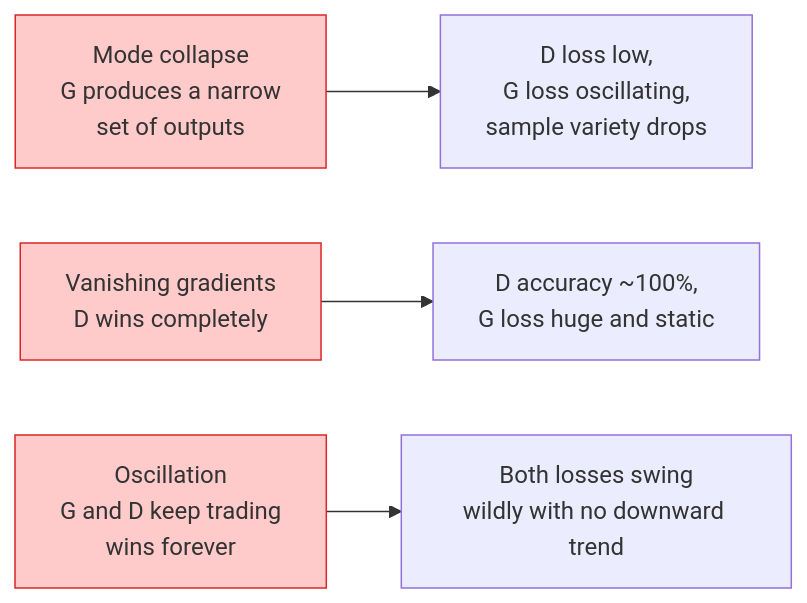
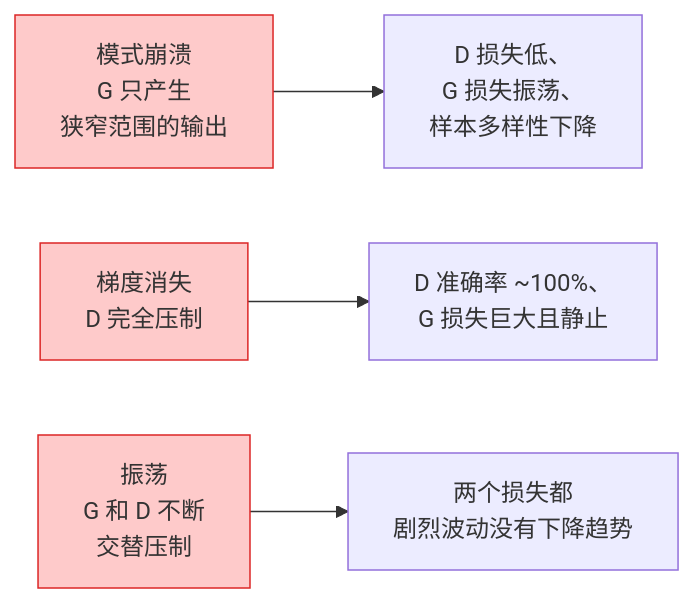
One commit to guangningsun/ailearning changed the second of 2 diagrams in lessons/04-computer-vision/09-image-generation-gans/docs/zh.md. Above: the diagram before and after it, drawn with Mermaid. The commit also changed other lines of this file and 29 other files, not shown here.

````diff
--- a/lessons/04-computer-vision/09-image-generation-gans/docs/zh.md
+++ b/lessons/04-computer-vision/09-image-generation-gans/docs/zh.md
@@ -81,10 +81,10 @@
 ```mermaid
 flowchart LR
-    M1["Mode collapse<br/>G produces a narrow<br/>set of outputs"] --> S1["D loss low,<br/>G loss oscillating,<br/>sample variety drops"]
-    M2["Vanishing gradients<br/>D wins completely"] --> S2["D accuracy ~100%,<br/>G loss huge and static"]
-    M3["Oscillation<br/>G and D keep trading<br/>wins forever"] --> S3["Both losses swing<br/>wildly with no downward trend"]
+    M1["模式崩溃<br/>G 只产生<br/>狭窄范围的输出"] --> S1["D 损失低、<br/>G 损失振荡、<br/>样本多样性下降"]
+    M2["梯度消失<br/>D 完全压制"] --> S2["D 准确率 ~100%、<br/>G 损失巨大且静止"]
+    M3["振荡<br/>G 和 D 不断<br/>交替压制"] --> S3["两个损失都<br/>剧烈波动没有下降趋势"]
 
     style M1 fill:#fecaca,stroke:#dc2626
     style M2 fill:#fecaca,stroke:#dc2626
     style M3 fill:#fecaca,stroke:#dc2626
 ```
````
